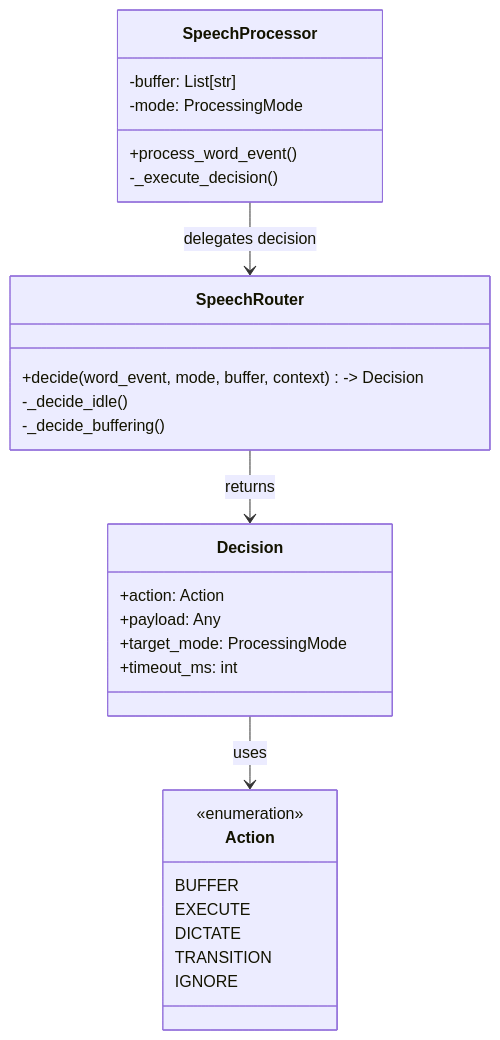
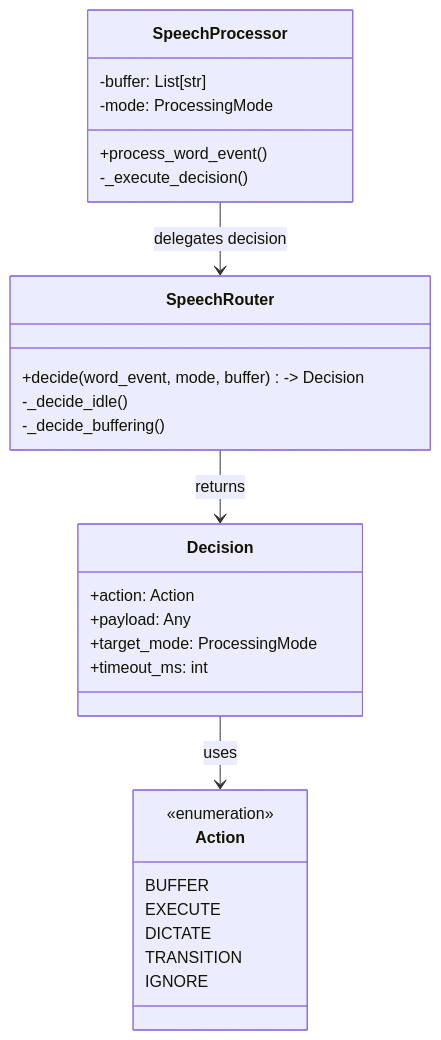
Before and after one commit to wheelhouse-project/Wheelhouse: the first of 2 diagrams in services/wheelhouse/speech/SPEECH_PROCESSOR_GUIDE.md, drawn with Mermaid. The commit also changed other lines of this file and 692 other files, not shown here.

````diff
--- a/services/wheelhouse/speech/SPEECH_PROCESSOR_GUIDE.md
+++ b/services/wheelhouse/speech/SPEECH_PROCESSOR_GUIDE.md
@@ -26,35 +26,35 @@
 ```mermaid
 classDiagram
     class SpeechProcessor {
         +process_word_event()
         -_execute_decision()
         -buffer: List[str]
         -mode: ProcessingMode
     }
     
     class SpeechRouter {
-        +decide(word_event, mode, buffer, context) -> Decision
+        +decide(word_event, mode, buffer) -> Decision
         -_decide_idle()
         -_decide_buffering()
     }
     
     class Decision {
         +action: Action
         +payload: Any
         +target_mode: ProcessingMode
         +timeout_ms: int
     }
     
     class Action {
         <<enumeration>>
         BUFFER
         EXECUTE
         DICTATE
         TRANSITION
         IGNORE
     }
 
     SpeechProcessor --> SpeechRouter : delegates decision
     SpeechRouter --> Decision : returns
     Decision --> Action : uses
 ```
````
